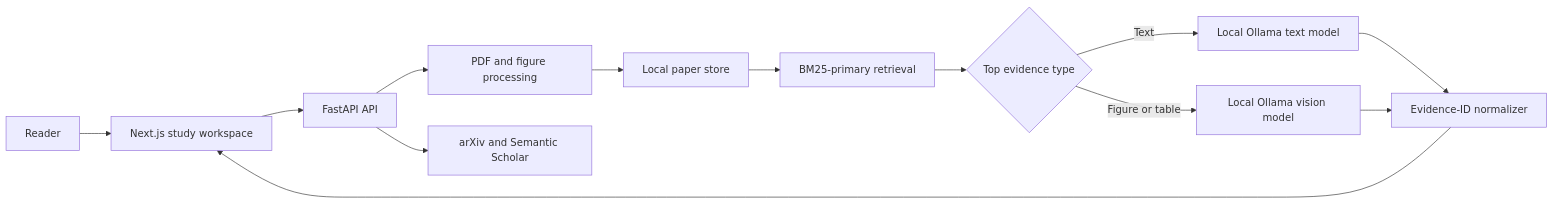
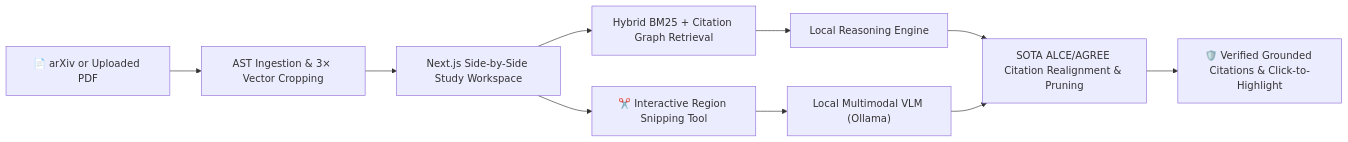
One commit to prithvi-kaizen/ScholAR changed the diagram in README.md. Above: the diagram before and after it, drawn with Mermaid. The commit also changed other lines of this file and 114 other files, not shown here.

First line of the commit message:
feat(scholar-v1-eacl-freeze): implement multi-level reasoning engine, empirical baselines, and EACL 2027 paper manuscript

````diff
--- a/README.md
+++ b/README.md
@@ -40,15 +25,11 @@
 ```mermaid
 flowchart LR
-    U["Reader"] --> F["Next.js study workspace"]
-    F --> A["FastAPI API"]
-    A --> P["PDF and figure processing"]
-    P --> S["Local paper store"]
-    S --> R["BM25-primary retrieval"]
-    R --> C{"Top evidence type"}
-    C -->|"Text"| L["Local Ollama text model"]
-    C -->|"Figure or table"| V["Local Ollama vision model"]
-    L --> G["Evidence-ID normalizer"]
-    V --> G
-    G --> F
-    A --> X["arXiv and Semantic Scholar"]
+    PDF["📄 arXiv or Uploaded PDF"] --> AST["AST Ingestion & 3× Vector Cropping"]
+    AST --> Workspace["Next.js Side-by-Side Study Workspace"]
+    Workspace --> Marquee["✂️ Interactive Region Snipping Tool"]
+    Marquee --> VLM["Local Multimodal VLM (Ollama)"]
+    Workspace --> BM25["Hybrid BM25 + Citation Graph Retrieval"]
+    BM25 --> LLM["Local Reasoning Engine"]
+    LLM & VLM --> ALCE["SOTA ALCE/AGREE Citation Realignment & Pruning"]
+    ALCE --> Verified["🛡️ Verified Grounded Citations & Click-to-Highlight"]
 ```
````
